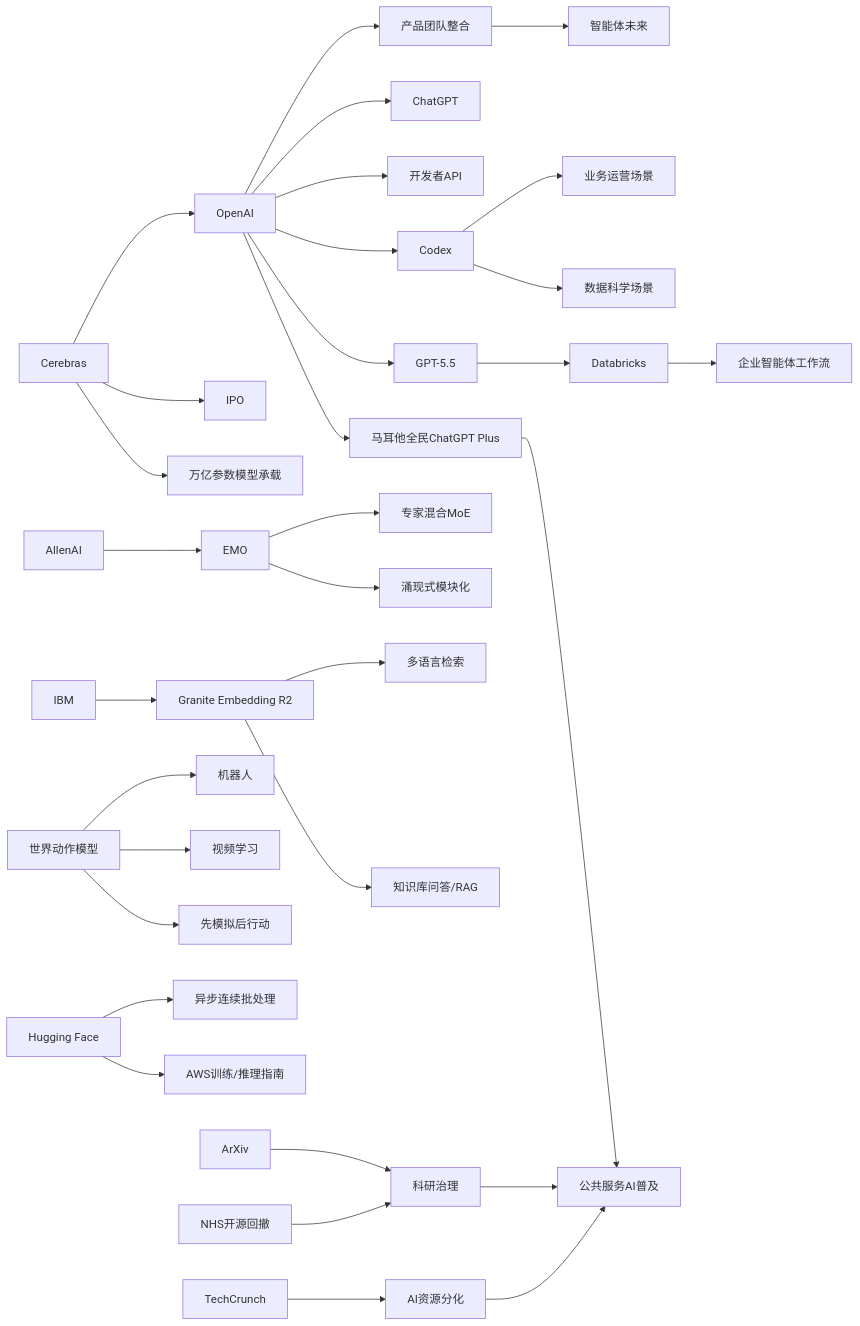
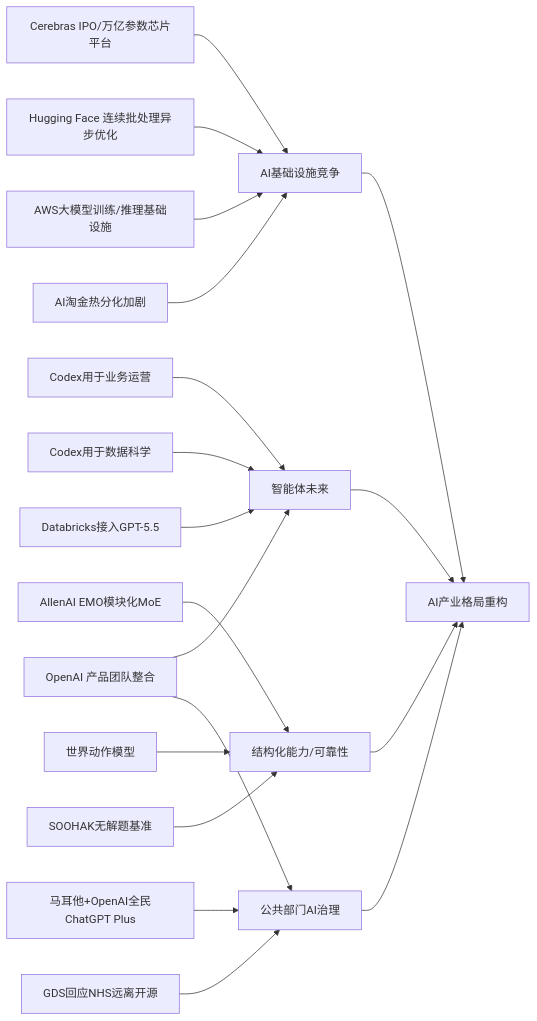
The diagram in content/cn/2026/2026-05/2026-05-17.md (zhuxinfei/ai-daily-site), drawn with Mermaid before and after one commit. The commit also changed other lines of this file, not shown here.

````diff
--- a/content/cn/2026/2026-05/2026-05-17.md
+++ b/content/cn/2026/2026-05/2026-05-17.md
@@ -110,40 +111,25 @@
 ```mermaid
 graph LR
-    OpenAI --> Codex
-    OpenAI --> ChatGPT
-    OpenAI --> API[开发者API]
-    OpenAI --> GPT55[GPT-5.5]
-    OpenAI --> Malta[马耳他全民ChatGPT Plus]
-    OpenAI --> TeamMerge[产品团队整合]
-    TeamMerge --> AgentFuture[智能体未来]
-    Codex --> BizOps[业务运营场景]
-    Codex --> DataScience[数据科学场景]
-    GPT55 --> Databricks
-    Databricks --> EnterpriseAgents[企业智能体工作流]
+    Cerebras[Cerebras IPO/万亿参数芯片平台] --> Infra[AI基础设施竞争]
+    HFAsync[Hugging Face 连续批处理异步优化] --> Infra
+    AWSInfra[AWS大模型训练/推理基础设施] --> Infra
+    GoldRush[AI淘金热分化加剧] --> Infra
 
-    Cerebras --> IPO[IPO]
-    Cerebras --> Trillion[万亿参数模型承载]
-    Cerebras --> OpenAI
+    OpenAI[OpenAI 产品团队整合] --> AgentFuture[智能体未来]
+    CodexOps[Codex用于业务运营] --> AgentFuture
+    CodexDS[Codex用于数据科学] --> AgentFuture
+    Databricks[Databricks接入GPT-5.5] --> AgentFuture
 
-    AllenAI --> EMO
-    EMO --> MoE[专家混合MoE]
-    EMO --> Modular[涌现式模块化]
+    EMO[AllenAI EMO模块化MoE] --> Reliability[结构化能力/可靠性]
+    WAM[世界动作模型] --> Reliability
+    SOOHAK[SOOHAK无解题基准] --> Reliability
 
-    IBM --> Granite[Granite Embedding R2]
-    Granite --> Multilingual[多语言检索]
-    Granite --> RAG[知识库问答/RAG]
+    Malta[马耳他+OpenAI全民ChatGPT Plus] --> GovAI[公共部门AI治理]
+    GDS[GDS回应NHS远离开源] --> GovAI
+    OpenAI --> GovAI
 
-    WAM[世界动作模型] --> Robotics[机器人]
-    WAM --> VideoLearning[视频学习]
-    WAM --> Simulation[先模拟后行动]
-
-    HF[Hugging Face] --> AsyncBatch[异步连续批处理]
-    HF --> AWSGuide[AWS训练/推理指南]
-
-    TechCrunch --> Inequality[AI资源分化]
-    ArXiv --> Governance[科研治理]
-    NHS[NHS开源回撤] --> Governance
-    Malta --> PublicAI[公共服务AI普及]
-    Governance --> PublicAI
-    Inequality --> PublicAI
+    Infra --> Industry[AI产业格局重构]
+    AgentFuture --> Industry
+    Reliability --> Industry
+    GovAI --> Industry
 ```
````
